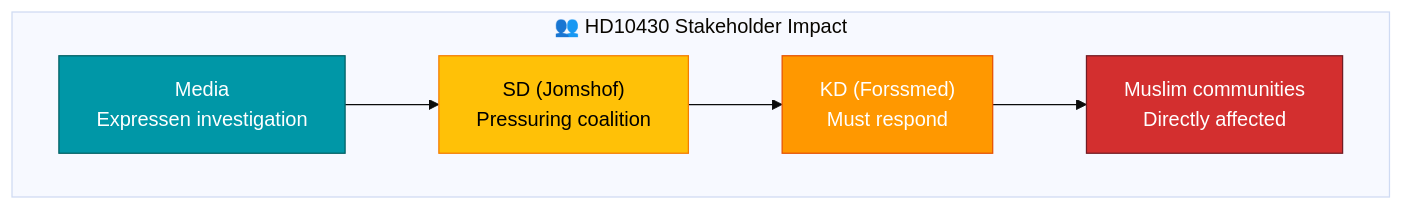
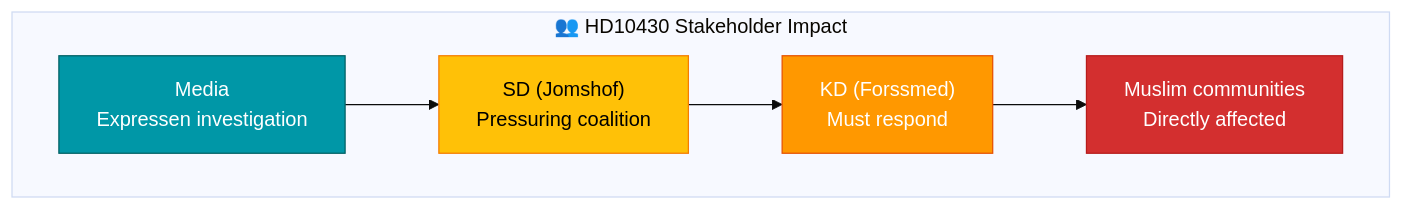
One commit to Hack23/riksdagsmonitor changed the diagram in analysis/daily/2026-04-07/realtime-1411/documents/hd10430-analysis.md. Above: the diagram before and after it, drawn with Mermaid (base theme). The commit also changed 121 other files, not shown here.

````diff
--- a/analysis/daily/2026-04-07/realtime-1411/documents/hd10430-analysis.md
+++ b/analysis/daily/2026-04-07/realtime-1411/documents/hd10430-analysis.md
@@ -38,16 +38,16 @@
 ```mermaid
 graph TD
     subgraph "👥 HD10430 Stakeholder Impact"
         SD_P["SD (Jomshof)<br>Pressuring coalition"]
         KD_M["KD (Forssmed)<br>Must respond"]
         MUSLIM["Muslim communities<br>Directly affected"]
         MEDIA["Media<br>Expressen investigation"]
     end
     SD_P --> KD_M
     MEDIA --> SD_P
     KD_M --> MUSLIM
     style SD_P fill:#FFC107,stroke:#F57C00,color:#000000
     style KD_M fill:#FF9800,stroke:#E65100,color:#FFFFFF
-    style MUSLIM fill:#D32F2F,stroke:#721c24,color:#FFFFFF
+    style MUSLIM fill:#D32F2F,stroke:#B71C1C,color:#FFFFFF
     style MEDIA fill:#0097A7,stroke:#006064,color:#FFFFFF
 ```
````
